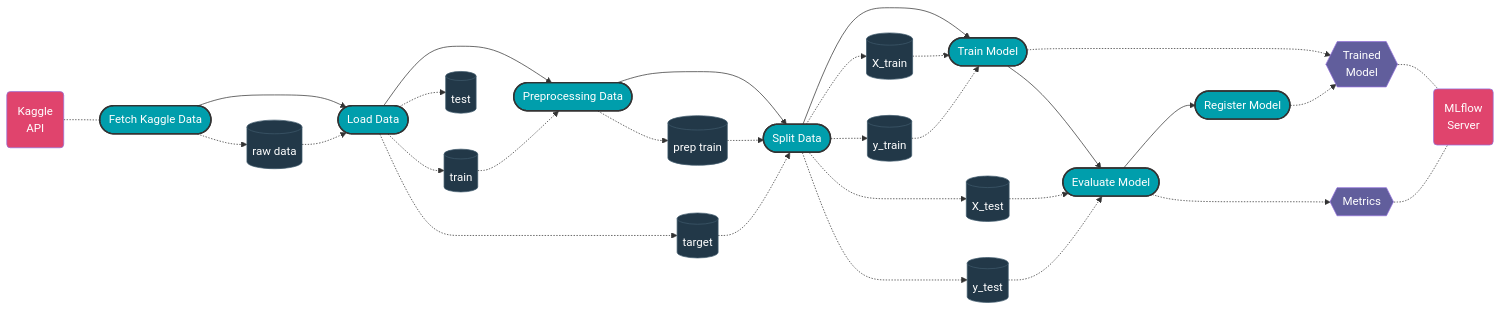
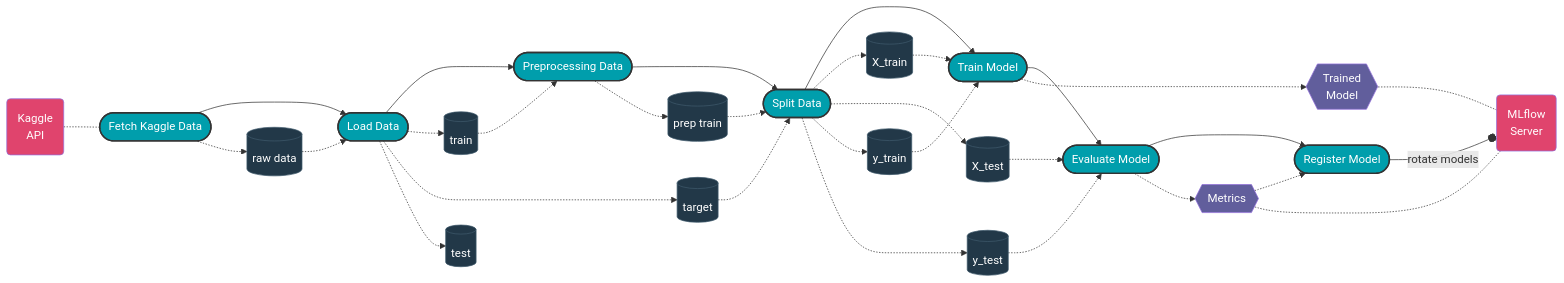
One commit to jordandelbar/titanic-kaggle changed the first of 3 diagrams in README.md. Above: the diagram before and after it, drawn with Mermaid. The commit also changed other lines of this file and 7 other files, not shown here.

```diff
--- a/README.md
+++ b/README.md
@@ -74,9 +74,10 @@
 %% Artifacts relationships
 trainer .-> trained_model
 evaluator .-> metrics
-register .-> trained_model
+metrics .-> register
 
 %% Server relationship
+register --o|rotate models| mlflow
 trained_model -.- mlflow
 metrics -.- mlflow
 kaggle -.- fetch_data_kaggle
```
